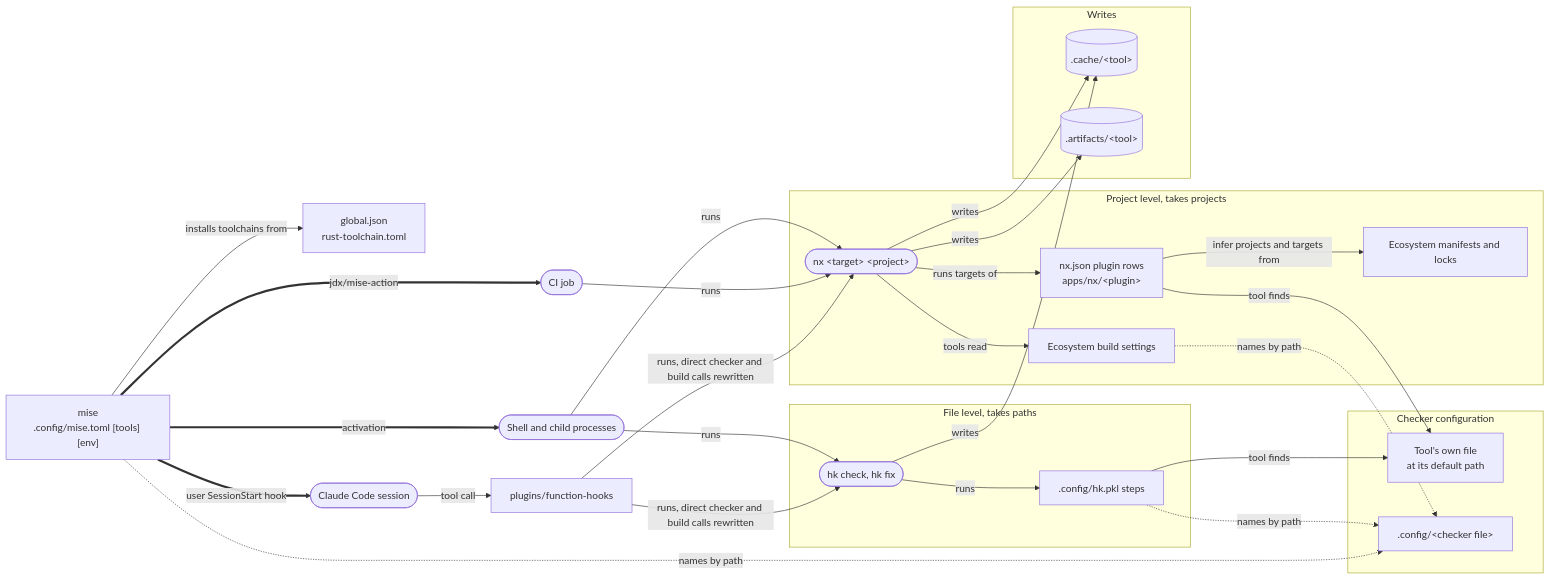
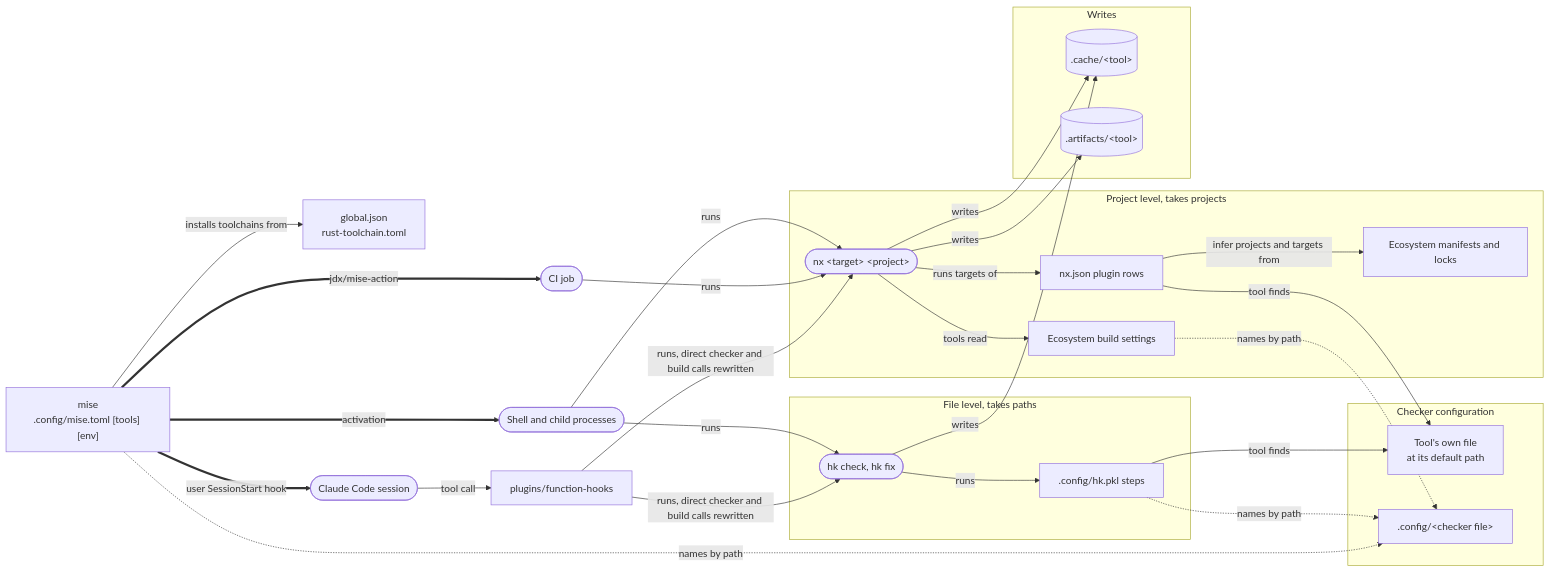
Before and after one commit to bsamiee/Rasm: the diagram in README.md, drawn with Mermaid. The commit also changed other lines of this file and 814 other files, not shown here.

````diff
--- a/README.md
+++ b/README.md
@@ -87,48 +89,48 @@
 ```mermaid
 flowchart LR
     versions["global.json<br/>rust-toolchain.toml"]
     mise["mise<br/>.config/mise.toml [tools] [env]"]
     shell(["Shell and child processes"])
     claude(["Claude Code session"])
     ci(["CI job"])
     hooks["plugins/function-hooks"]
 
     subgraph file["File level, takes paths"]
         hk(["hk check, hk fix"])
         steps[".config/hk.pkl steps"]
     end
 
     subgraph project["Project level, takes projects"]
         nx(["nx #lt;target#gt; #lt;project#gt;"])
-        plugins["nx.json plugin rows<br/>apps/nx/#lt;plugin#gt;"]
+        plugins["nx.json plugin rows"]
         manifests["Ecosystem manifests and locks"]
         build["Ecosystem build settings"]
     end
 
     subgraph config["Checker configuration"]
         found["Tool's own file<br/>at its default path"]
         named[".config/#lt;checker file#gt;"]
     end
 
     subgraph writes["Writes"]
         cache[(".cache/#lt;tool#gt;")]
         artifacts[(".artifacts/#lt;tool#gt;")]
     end
 
     mise -->|installs toolchains from| versions
     mise ==>|activation| shell
     mise ==>|user SessionStart hook| claude
     mise ==>|jdx/mise-action| ci
     shell -->|runs| hk & nx
     ci -->|runs| nx
     claude -->|tool call| hooks
     hooks -->|runs, direct checker and build calls rewritten| hk & nx
     hk -->|runs| steps
     nx -->|runs targets of| plugins
     plugins -->|infer projects and targets from| manifests
     nx -->|tools read| build
     steps & plugins -->|tool finds| found
     steps & build & mise -.->|names by path| named
     hk -->|writes| cache
     nx -->|writes| cache & artifacts
 ```
````
